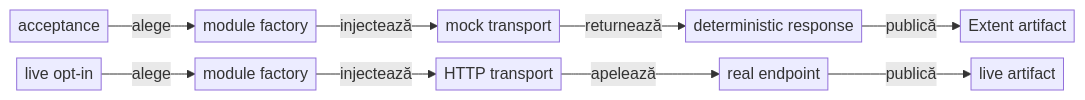
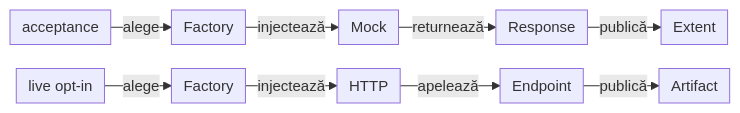
The fifth of 11 diagrams in docs/ATF_Architecture.md (crististefanita/atf_j0), drawn with Mermaid before and after one commit. The commit also changed other lines of this file and 97 other files, not shown here.

````diff
--- a/docs/ATF_Architecture.md
+++ b/docs/ATF_Architecture.md
@@ -360,13 +391,13 @@
 ```mermaid
-%%{init: {"themeVariables": {"fontSize": "16px"}, "themeCSS": ".edgeLabel p { font-size: 13px; line-height: 1.1; margin: 0; padding: 0 2px; }", "flowchart": {"nodeSpacing": 16, "rankSpacing": 48, "padding": 4}}}%%
+%%{init: {"themeVariables":{"fontSize":"15px"},"themeCSS":".nodeLabel, .nodeLabel p { font-size: 15px !important; line-height: 1.35 !important; } .edgeLabel, .edgeLabel p { font-size: 12px !important; font-weight: 400 !important; line-height: 1.2 !important; } .edgeLabel .labelBkg, .edgeLabel p { background: transparent !important; } .edgeLabel foreignObject { transform: translateY(-18px); overflow: visible; } .node rect { rx: 6px; ry: 6px; }","flowchart":{"curve":"linear","nodeSpacing":24,"rankSpacing":24,"padding":6,"diagramPadding":20}}}%%
 flowchart LR
-    Scenario["acceptance"] -->|alege| Factory["module factory"]
-    Factory -->|injectează| Fake["mock transport"]
-    Fake -->|returnează| Offline["deterministic response"]
-    Offline -->|publică| Report["Extent artifact"]
+    Scenario["acceptance"] -->|alege| Factory["Factory"]
+    Factory -->|injectează| Fake["Mock"]
+    Fake -->|returnează| Offline["Response"]
+    Offline -->|publică| Report["Extent"]
 
-    Live["live opt-in"] -->|alege| FactoryLive["module factory"]
-    FactoryLive -->|injectează| Http["HTTP transport"]
-    Http -->|apelează| Server["real endpoint"]
-    Server -->|publică| LiveReport["live artifact"]
+    Live["live opt-in"] -->|alege| FactoryLive["Factory"]
+    FactoryLive -->|injectează| Http["HTTP"]
+    Http -->|apelează| Server["Endpoint"]
+    Server -->|publică| LiveReport["Artifact"]
 ```
````
